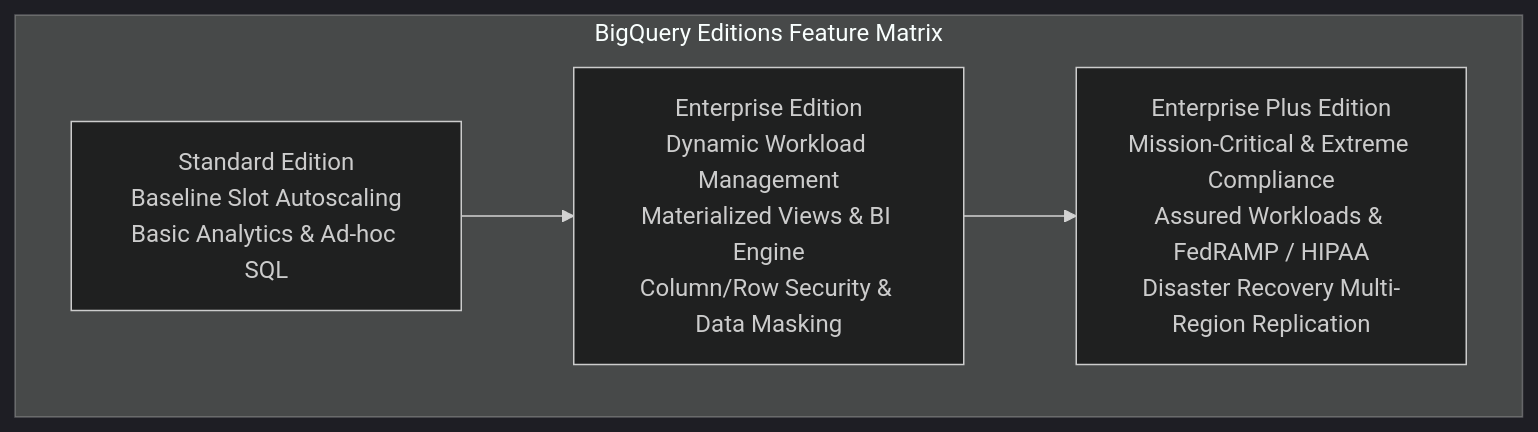
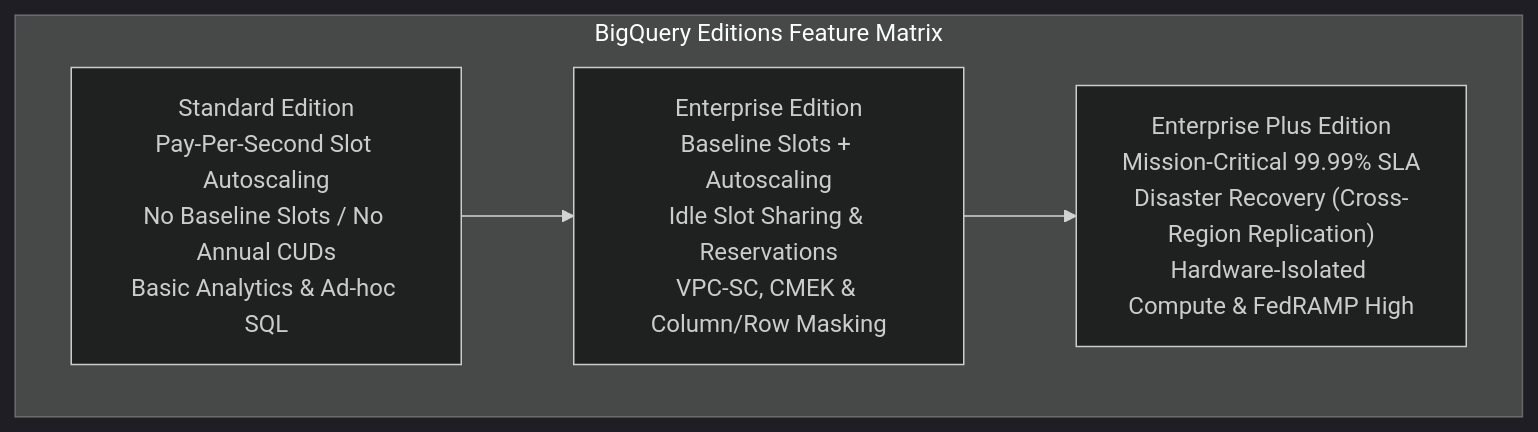
The second of 7 diagrams in 04_phase3_exam_domains/domain_5_maintaining_and_automating_data_workloads.md (rohithvishaal/GCP_PDE_Notes), drawn with Mermaid (dark theme) before and after one commit. The commit also changed other lines of this file and 15 other files, not shown here.

````diff
--- a/04_phase3_exam_domains/domain_5_maintaining_and_automating_data_workloads.md
+++ b/04_phase3_exam_domains/domain_5_maintaining_and_automating_data_workloads.md
@@ -44,10 +44,10 @@
 ```mermaid
 flowchart TD
     subgraph BigQuery_Editions_Hierarchy["BigQuery Editions Feature Matrix"]
-        Std["Standard Edition<br/>Baseline Slot Autoscaling<br/>Basic Analytics & Ad-hoc SQL"]
-        Ent["Enterprise Edition<br/>Dynamic Workload Management<br/>Materialized Views & BI Engine<br/>Column/Row Security & Data Masking"]
-        EntPlus["Enterprise Plus Edition<br/>Mission-Critical & Extreme Compliance<br/>Assured Workloads & FedRAMP / HIPAA<br/>Disaster Recovery Multi-Region Replication"]
+        Std["Standard Edition<br/>Pay-Per-Second Slot Autoscaling<br/>No Baseline Slots / No Annual CUDs<br/>Basic Analytics & Ad-hoc SQL"]
+        Ent["Enterprise Edition<br/>Baseline Slots + Autoscaling<br/>Idle Slot Sharing & Reservations<br/>VPC-SC, CMEK & Column/Row Masking"]
+        EntPlus["Enterprise Plus Edition<br/>Mission-Critical 99.99% SLA<br/>Disaster Recovery (Cross-Region Replication)<br/>Hardware-Isolated Compute & FedRAMP High"]
     end
 
     Std --> Ent --> EntPlus
 ```
````
